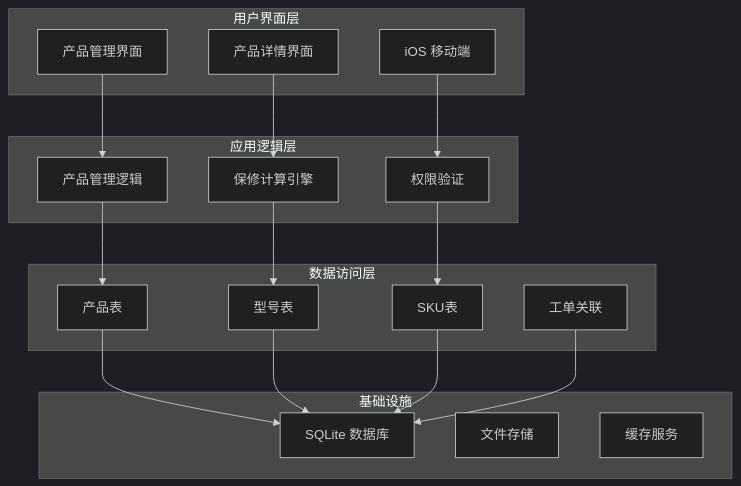
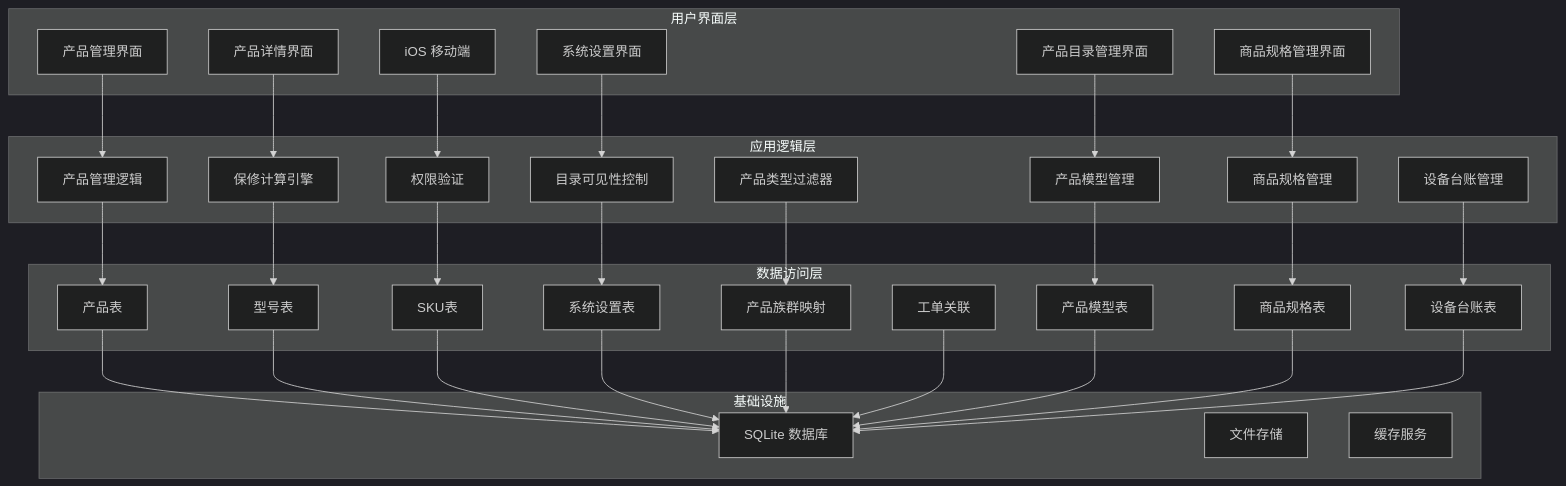
One commit to CubeEdge/Longhorn changed the third of 16 diagrams in .qoder/repowiki/zh/content/前端组件架构/产品管理界面/三层产品架构.md. Above: the diagram before and after it, drawn with Mermaid (dark theme). The commit also changed other lines of this file and 53 other files, not shown here.

````diff
--- a/.qoder/repowiki/zh/content/前端组件架构/产品管理界面/三层产品架构.md
+++ b/.qoder/repowiki/zh/content/前端组件架构/产品管理界面/三层产品架构.md
@@ -152,34 +240,60 @@
 ```mermaid
 graph TB
 subgraph "用户界面层"
 UI1[产品管理界面]
 UI2[产品详情界面]
 UI3[iOS 移动端]
+UI4[系统设置界面]
+UI5[产品目录管理界面]
+UI6[商品规格管理界面]
 end
 subgraph "应用逻辑层"
 APP1[产品管理逻辑]
 APP2[保修计算引擎]
 APP3[权限验证]
+APP4[目录可见性控制]
+APP5[产品类型过滤器]
+APP6[产品模型管理]
+APP7[商品规格管理]
+APP8[设备台账管理]
 end
 subgraph "数据访问层"
 DATA1[产品表]
 DATA2[型号表]
 DATA3[SKU表]
-DATA4[工单关联]
+DATA4[系统设置表]
+DATA5[产品族群映射]
+DATA6[工单关联]
+DATA7[产品模型表]
+DATA8[商品规格表]
+DATA9[设备台账表]
 end
 subgraph "基础设施"
 INF1[SQLite 数据库]
 INF2[文件存储]
 INF3[缓存服务]
 end
 UI1 --> APP1
 UI2 --> APP2
 UI3 --> APP3
+UI4 --> APP4
+UI5 --> APP6
+UI6 --> APP7
 APP1 --> DATA1
 APP2 --> DATA2
 APP3 --> DATA3
+APP4 --> DATA4
+APP5 --> DATA5
+APP6 --> DATA7
+APP7 --> DATA8
+APP8 --> DATA9
 DATA1 --> INF1
 DATA2 --> INF1
 DATA3 --> INF1
 DATA4 --> INF1
+DATA5 --> INF1
+DATA6 --> INF1
+DATA7 --> INF1
+DATA8 --> INF1
+DATA9 --> INF1
 ```
````
